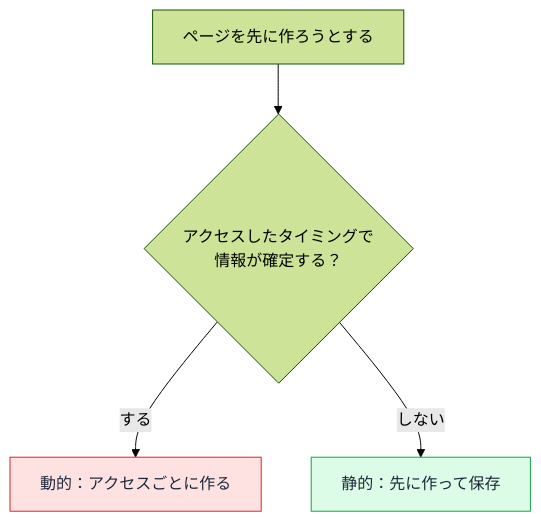
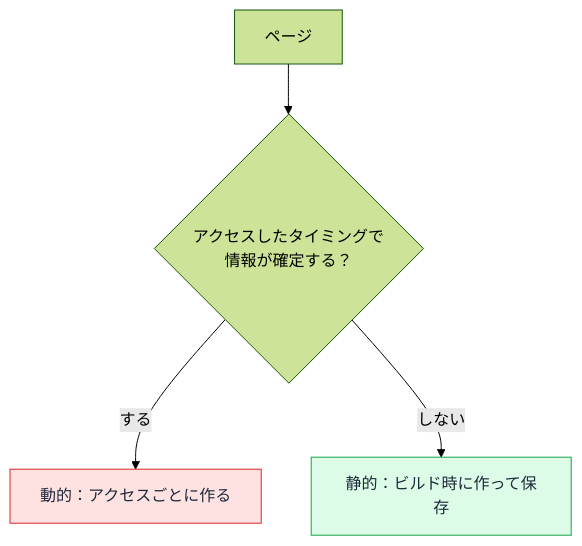
One commit to ozaki25/web-front-training-ozaki25 changed the second of 3 diagrams in docs/drafts/106/index.md. Above: the diagram before and after it, drawn with Mermaid (forest theme).

Commit message:
106: 判定図の開始ノードを中立の「ページ」に、静的側を「ビルド時に作って保存」に

````diff
--- a/docs/drafts/106/index.md
+++ b/docs/drafts/106/index.md
@@ -72,8 +72,8 @@
 ```mermaid
 flowchart TD
-    P["ページを先に作ろうとする"] --> Q{"アクセスしたタイミングで<br/>情報が確定する？"}
+    P["ページ"] --> Q{"アクセスしたタイミングで<br/>情報が確定する？"}
     Q -->|する| D["動的：アクセスごとに作る"]
-    Q -->|しない| S["静的：先に作って保存"]
+    Q -->|しない| S["静的：ビルド時に作って保存"]
     style D fill:#fee2e2,color:#1e293b,stroke:#dc2626
     style S fill:#dcfce7,color:#1e293b,stroke:#16a34a
 ```
````
